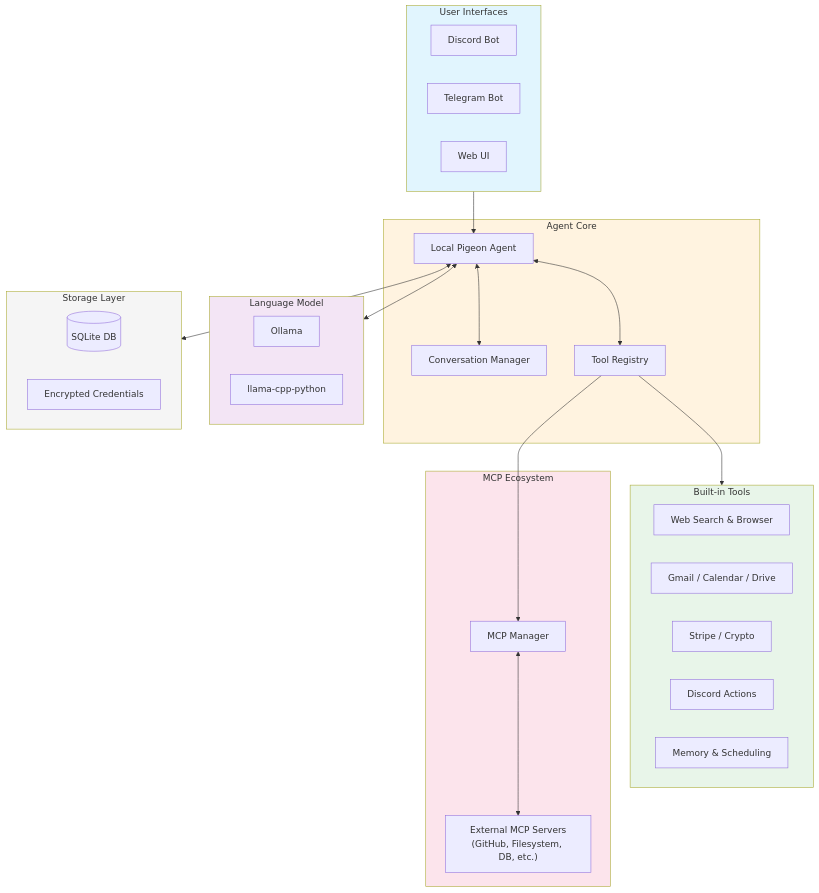
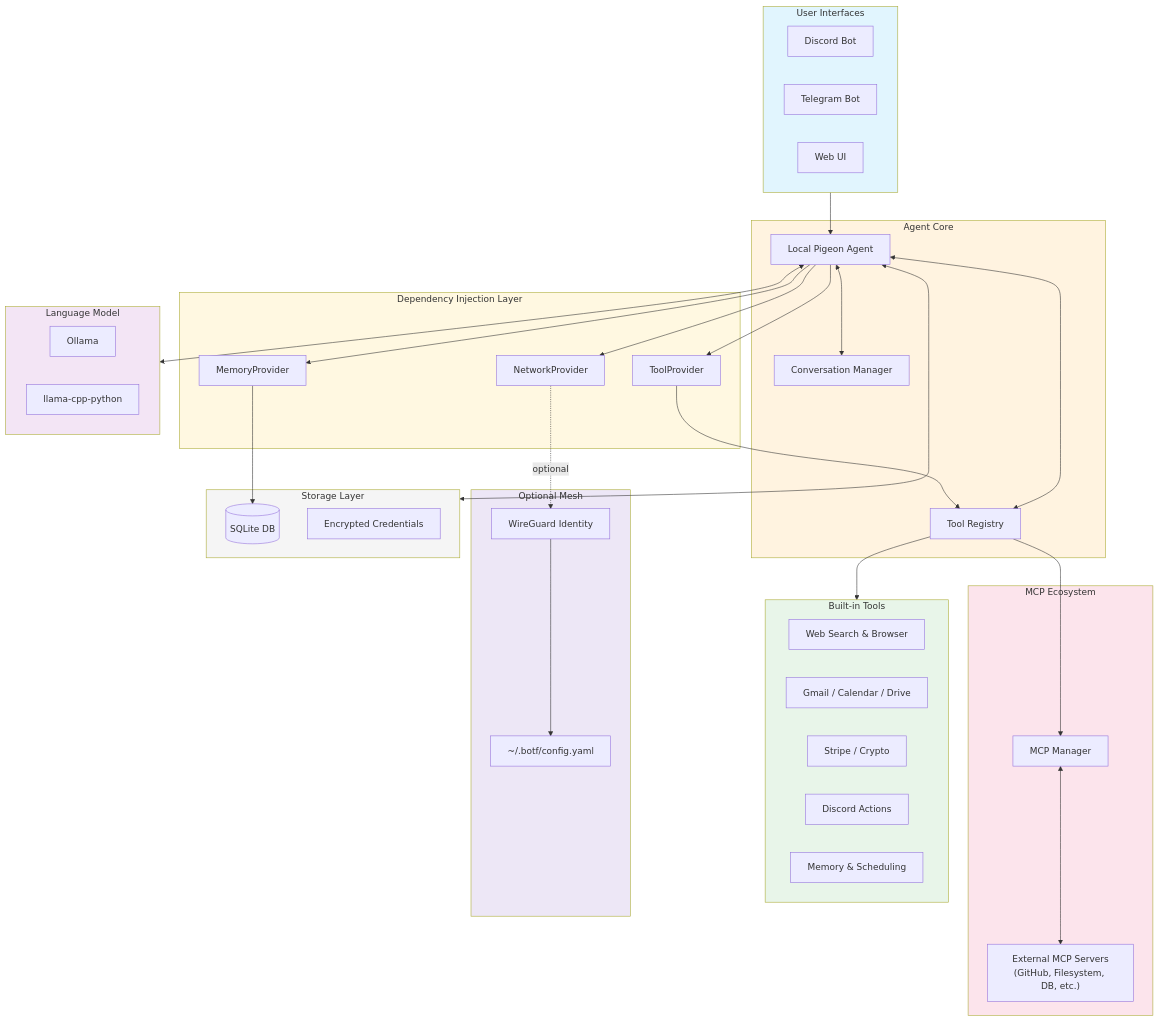
One commit to tradermichael/local_pigeon changed the diagram in README.md. Above: the diagram before and after it, drawn with Mermaid.

Commit message:
feat: Add Dependency Injection and Mesh architecture to README diagram

````diff
--- a/README.md
+++ b/README.md
@@ -39,53 +39,73 @@
 ```mermaid
 flowchart TB
     subgraph Platforms["User Interfaces"]
         Discord[Discord Bot]
         Telegram[Telegram Bot]
         WebUI[Web UI]
     end
 
-    subgraph Core["Agent Core"]
+  subgraph Core["Agent Core"]
         Agent[Local Pigeon Agent]
         Conversation[Conversation Manager]
         ToolRegistry[Tool Registry]
     end
+
+  subgraph DI["Dependency Injection Layer"]
+    ToolProvider[ToolProvider]
+    MemoryProvider[MemoryProvider]
+    NetworkProvider[NetworkProvider]
+  end
 
     subgraph LLM["Language Model"]
         Ollama[Ollama]
         LlamaCpp[llama-cpp-python]
     end
 
     subgraph Tools["Built-in Tools"]
         WebTools[Web Search & Browser]
         GoogleTools[Gmail / Calendar / Drive]
         PaymentTools[Stripe / Crypto]
         DiscordTools[Discord Actions]
         MemoryTools[Memory & Scheduling]
     end
 
     subgraph MCP["MCP Ecosystem"]
         MCPManager[MCP Manager]
         MCPServers["External MCP Servers<br/>(GitHub, Filesystem, DB, etc.)"]
     end
 
+    subgraph Mesh["Optional Mesh"]
+      WireGuard[WireGuard Identity]
+      BotfConfig[~/.botf/config.yaml]
+    end
+
     subgraph Storage["Storage Layer"]
         SQLite[(SQLite DB)]
         Credentials[Encrypted Credentials]
     end
 
     Platforms --> Agent
+    Agent --> ToolProvider
+    Agent --> MemoryProvider
+    Agent --> NetworkProvider
     Agent <--> Conversation
     Agent <--> ToolRegistry
     Agent <--> LLM
+    ToolProvider --> ToolRegistry
+    MemoryProvider --> SQLite
+    NetworkProvider -. optional .-> WireGuard
+    WireGuard --> BotfConfig
     ToolRegistry --> Tools
     ToolRegistry --> MCPManager
     MCPManager <--> MCPServers
     Agent <--> Storage
 
     style Platforms fill:#e1f5fe
     style Core fill:#fff3e0
+    style DI fill:#fff8e1
     style LLM fill:#f3e5f5
     style Tools fill:#e8f5e9
     style MCP fill:#fce4ec
+    style Mesh fill:#ede7f6
     style Storage fill:#f5f5f5
 ```
````
